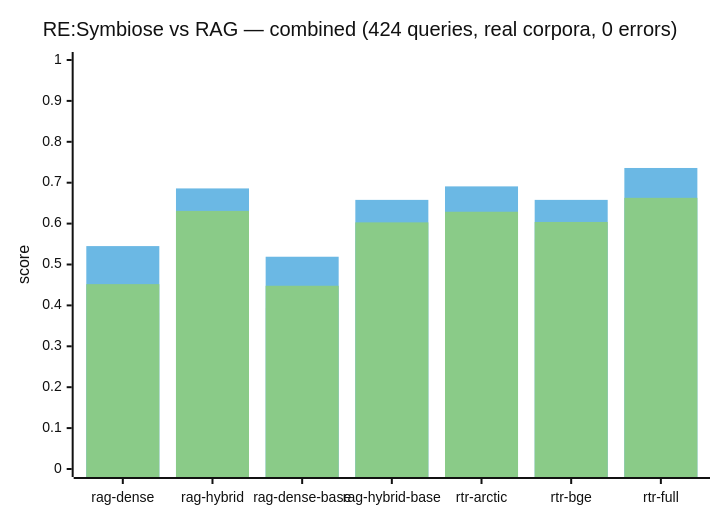
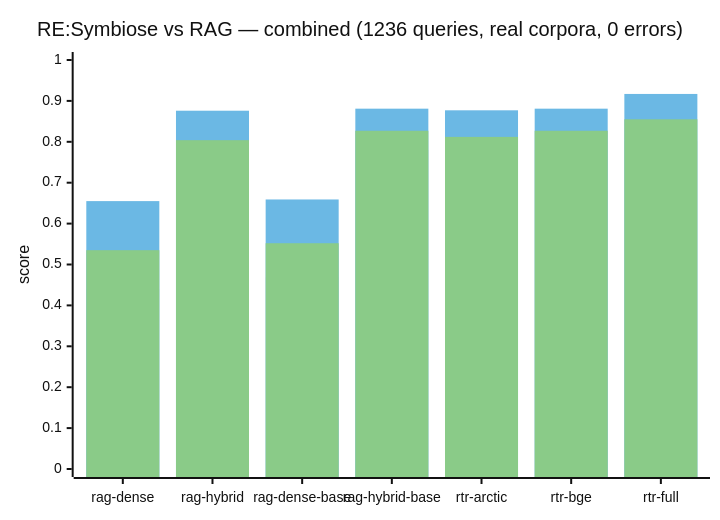
Before and after one commit to Nova-Violet-Role/RTR-RE: the diagram in eval/versus.mmd, drawn with Mermaid (neutral theme). The commit also changed 5 other files, not shown here.

```diff
--- a/eval/versus.mmd
+++ b/eval/versus.mmd
@@ -1,9 +1,9 @@
 %% SPDX-FileCopyrightText: Nova-Violet Role ORG
 %% SPDX-License-Identifier: EUPL-1.2 OR AGPL-3.0-or-later
 xychart-beta
-    title "RE:Symbiose vs RAG — combined (424 queries, real corpora, 0 errors)"
+    title "RE:Symbiose vs RAG — combined (1236 queries, real corpora, 0 errors)"
     x-axis ["rag-dense", "rag-hybrid", "rag-dense-base", "rag-hybrid-base", "rtr-arctic", "rtr-bge", "rtr-full"]
     y-axis "score" 0 --> 1
-    bar "R@1" [0.382, 0.590, 0.394, 0.559, 0.585, 0.561, 0.609]
-    bar "R@3" [0.545, 0.686, 0.519, 0.658, 0.691, 0.658, 0.736]
-    bar "MRR" [0.452, 0.631, 0.448, 0.603, 0.629, 0.604, 0.663]
+    bar "R@1" [0.440, 0.741, 0.469, 0.780, 0.755, 0.780, 0.801]
+    bar "R@3" [0.655, 0.876, 0.659, 0.881, 0.877, 0.881, 0.917]
+    bar "MRR" [0.535, 0.804, 0.552, 0.827, 0.812, 0.827, 0.855]
```
